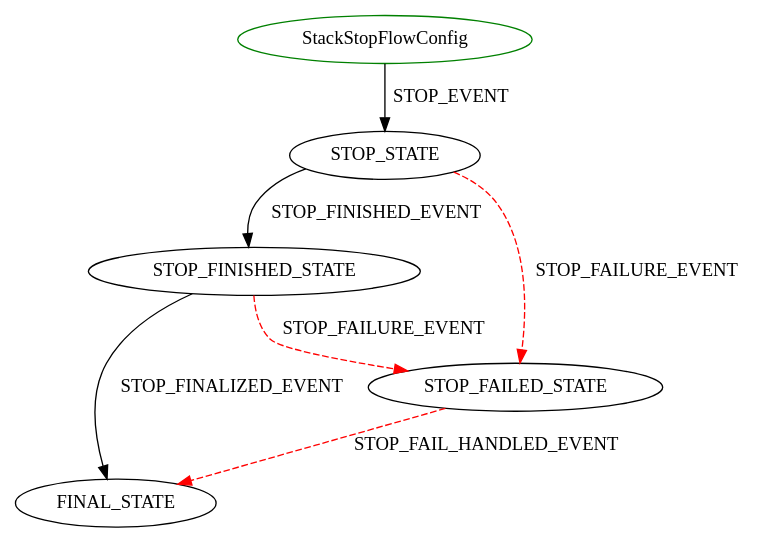
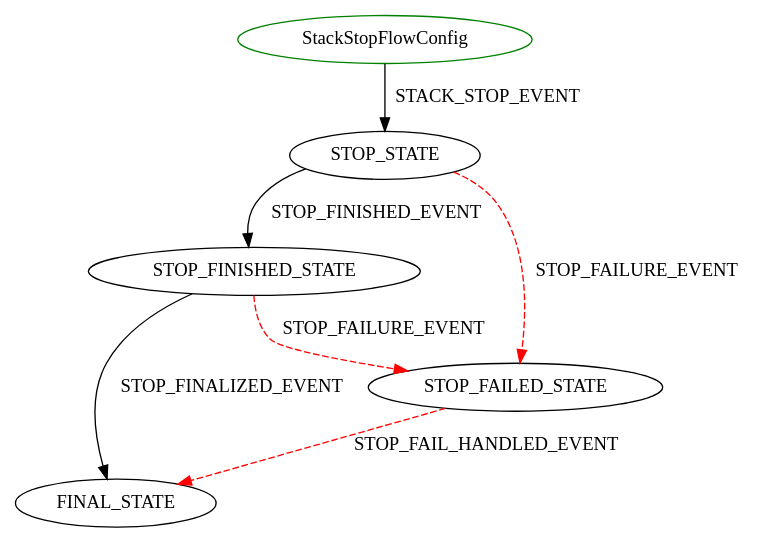
The diagram in latest/diagrams/StackStopFlowConfig.dot (sequenceiq/cloudbreak-docs), drawn with Graphviz before and after one commit. The commit also changed 44 other files, not shown here.

```diff
--- a/latest/diagrams/StackStopFlowConfig.dot
+++ b/latest/diagrams/StackStopFlowConfig.dot
@@ -1,9 +1,9 @@
 digraph {
 INIT_STATE [label="StackStopFlowConfig" shape=ellipse color=green];
-INIT_STATE -> STOP_STATE [label="STOP_EVENT" color=black style=solid];
+INIT_STATE -> STOP_STATE [label="STACK_STOP_EVENT" color=black style=solid];
 STOP_STATE -> STOP_FINISHED_STATE [label="STOP_FINISHED_EVENT" color=black style=solid];
 STOP_STATE -> STOP_FAILED_STATE [label="STOP_FAILURE_EVENT" color=red style=dashed];
 STOP_FAILED_STATE -> FINAL_STATE [label="STOP_FAIL_HANDLED_EVENT" color=red style=dashed];
 STOP_FINISHED_STATE -> FINAL_STATE [label="STOP_FINALIZED_EVENT" color=black style=solid];
 STOP_FINISHED_STATE -> STOP_FAILED_STATE [label="STOP_FAILURE_EVENT" color=red style=dashed];
 }
```
